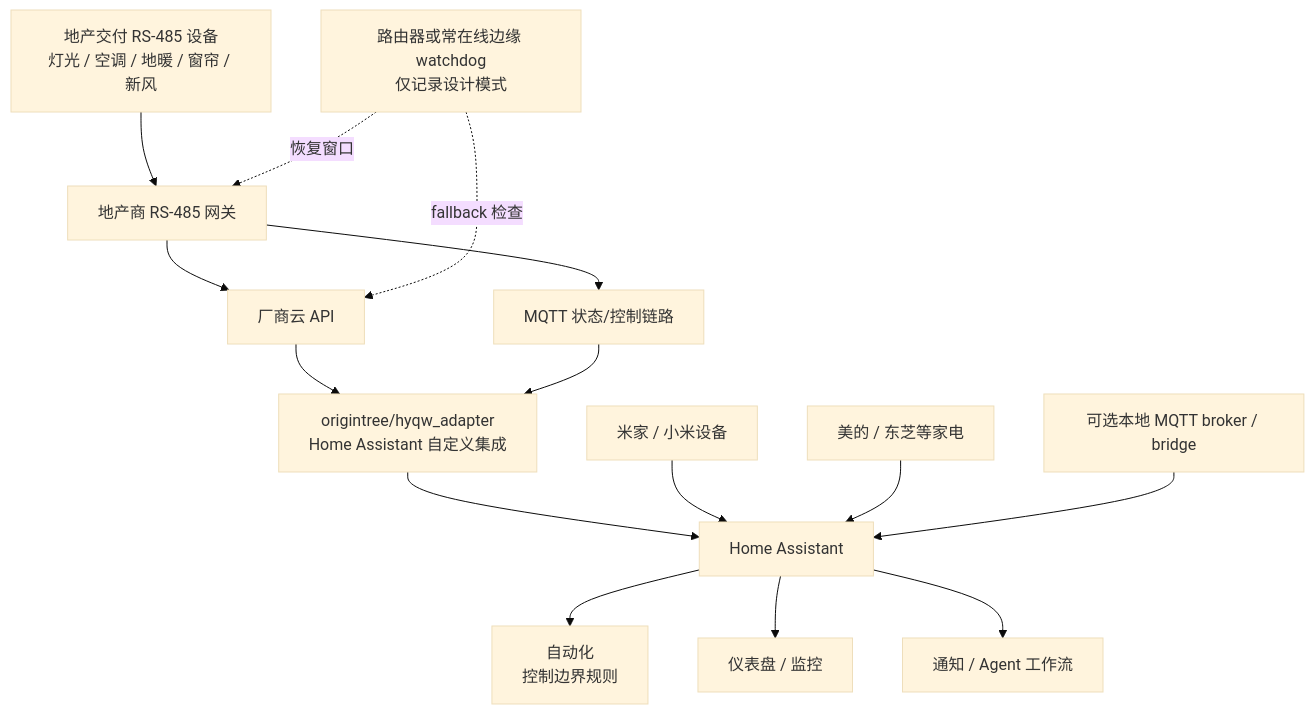
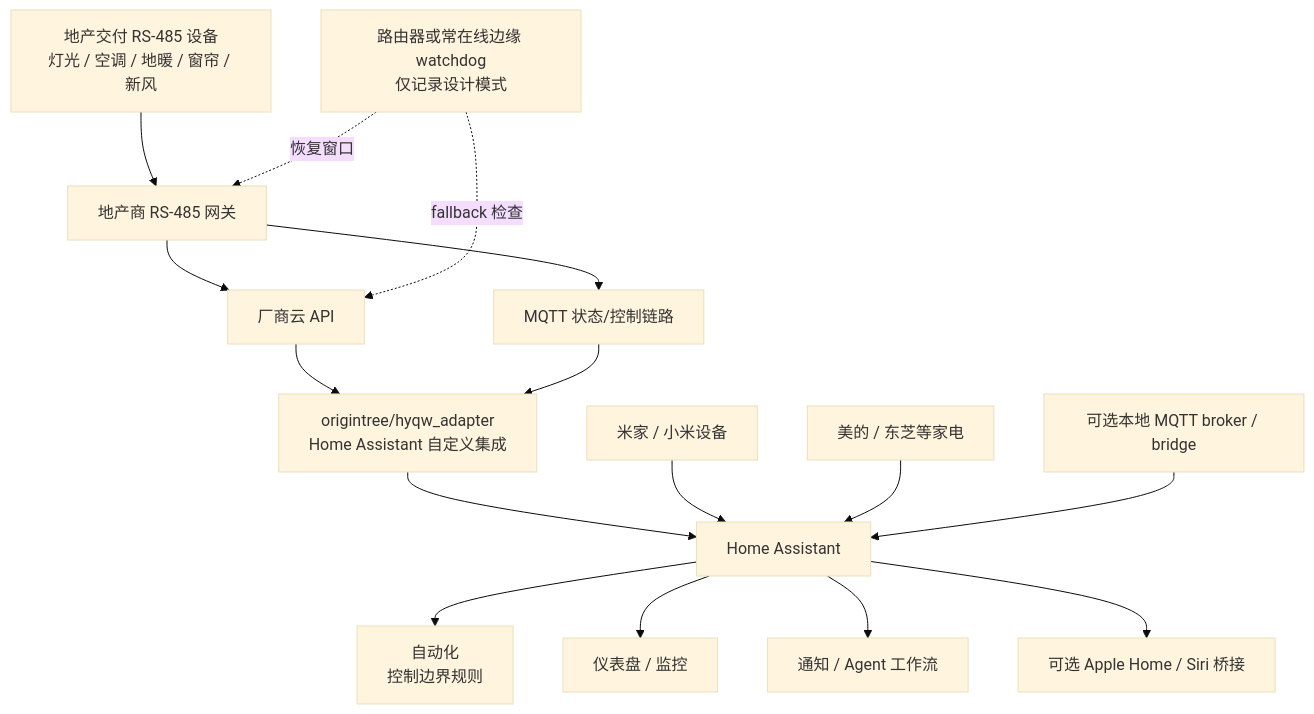
Before and after one commit to waiT-Chi/hyqw-ha-home-recipes: the diagram in README.zh-CN.md, drawn with Mermaid (base theme). The commit also changed other lines of this file and 11 other files, not shown here.

````diff
--- a/README.zh-CN.md
+++ b/README.zh-CN.md
@@ -20,20 +20,21 @@
 ```mermaid
 flowchart TD
     A[地产交付 RS-485 设备<br/>灯光 / 空调 / 地暖 / 窗帘 / 新风] --> B[地产商 RS-485 网关]
     B --> C[厂商云 API]
     B --> D[MQTT 状态/控制链路]
     C --> E[origintree/hyqw_adapter<br/>Home Assistant 自定义集成]
     D --> E
     E --> F[Home Assistant]
 
     G[米家 / 小米设备] --> F
     H[美的 / 东芝等家电] --> F
     I[可选本地 MQTT broker / bridge] --> F
 
     F --> J[自动化<br/>控制边界规则]
     F --> K[仪表盘 / 监控]
     F --> L[通知 / Agent 工作流]
+    F --> N[可选 Apple Home / Siri 桥接]
 
     M[路由器或常在线边缘 watchdog<br/>仅记录设计模式] -. 恢复窗口 .-> B
     M -. fallback 检查 .-> C
 ```
````
